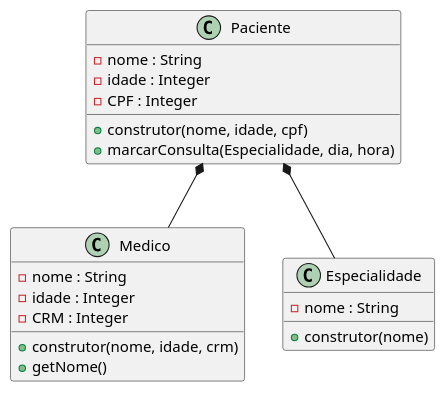
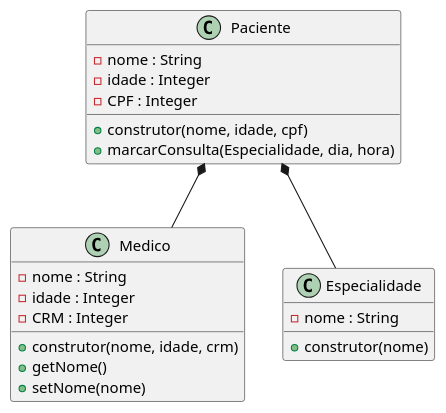
The diagram in diagrama.plantuml (anleaes/2022-1-N2-POO-03), drawn with PlantUML before and after one commit.

Commit message:
colocado setNome em Medico

```diff
--- a/diagrama.plantuml
+++ b/diagrama.plantuml
@@ -1,27 +1,28 @@
 @startuml Gerenciamento de Exames Medicos
 
     class Paciente{
         - nome : String
         - idade : Integer
         - CPF : Integer
         + construtor(nome, idade, cpf)
         + marcarConsulta(Especialidade, dia, hora)
     }
 
     class Medico{
         - nome : String
         - idade : Integer
         - CRM : Integer
         + construtor(nome, idade, crm)
         + getNome()
+        + setNome(nome)
     }
 
     class Especialidade{
         - nome : String
         + construtor(nome)
     }
 
     Paciente *-- Medico
     Paciente *-- Especialidade
 
 @enduml
```
